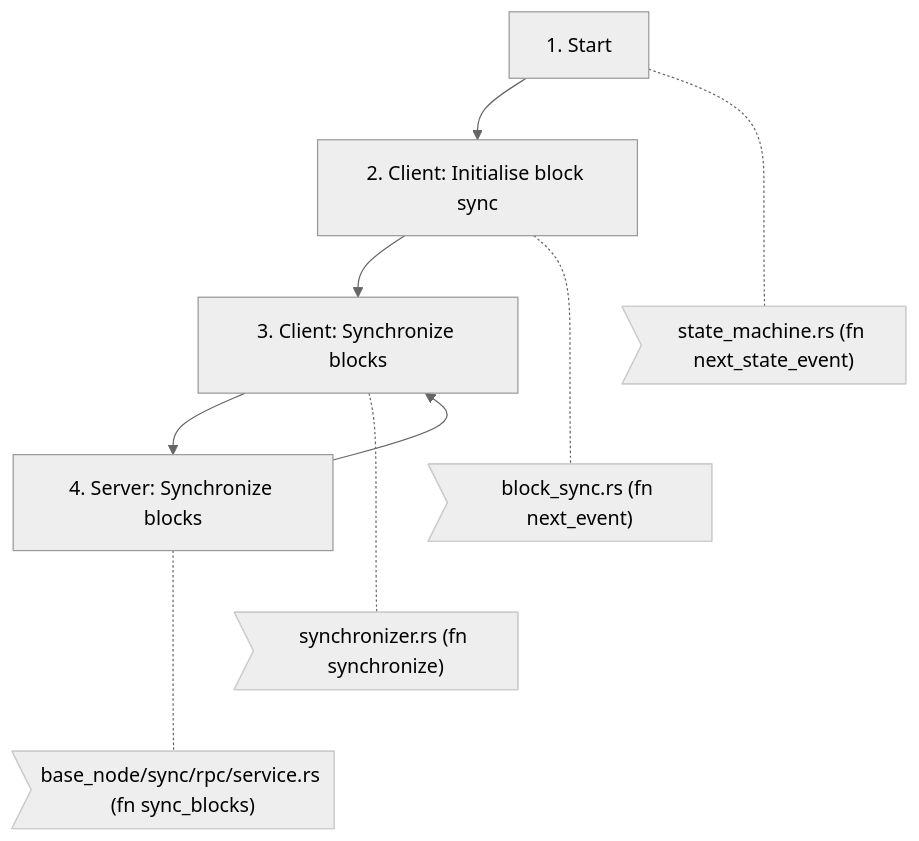
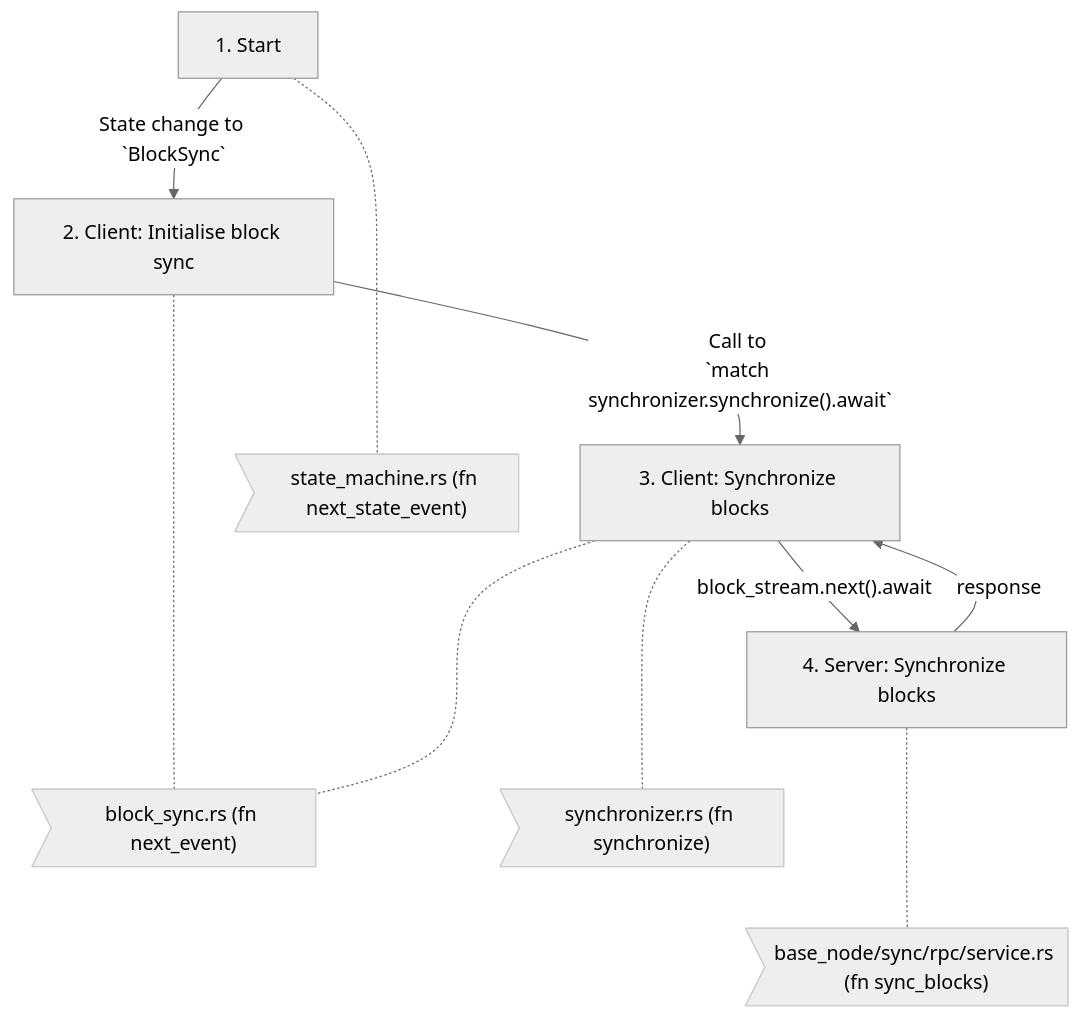
One commit to tari-project/tari changed the first of 3 diagrams in docs/src/diagrams/block_sync.md. Above: the diagram before and after it, drawn with Mermaid (neutral theme). The commit also changed other lines of this file, not shown here.

Commit message:
Udates to block_sync diagram

````diff
--- a/docs/src/diagrams/block_sync.md
+++ b/docs/src/diagrams/block_sync.md
@@ -9,16 +9,25 @@
 ```mermaid
 flowchart TD
-A[1. Start] --> B[2. Client: Initialise block sync]
-B[2. Client: Initialise block sync] --> C[3. Client: Synchronize blocks]
-C[3. Client: Synchronize blocks] --> D[4. Server: Synchronize blocks]
-D[4. Server: Synchronize blocks] --> C[3. Client: Synchronize blocks]
+
+A["1. Start"]
+B["2. Client: Initialise block sync"]
+C["3. Client: Synchronize blocks"]
+D["4. Server: Synchronize blocks"]
+
+A --"State change to `BlockSync`"--> B
+B --"Call to 
+`match synchronizer.synchronize().await`"--> C
+C --"block_stream.next().await"--> D
+D --"response"--> C
+
 A -..- N1>"state_machine.rs (fn next_state_event)"]
 B -..- N2>"block_sync.rs (fn next_event)"]
+C -..- N2>"block_sync.rs (fn next_event)"]
 C -..- N3>"synchronizer.rs (fn synchronize)"]
 D -..- N4>"base_node/sync/rpc/service.rs (fn sync_blocks)"]
-   N1:::note
-   N2:::note
-   N3:::note
-   N4:::note
+    N1:::note
+    N2:::note
+    N3:::note
+    N4:::note
     classDef note fill:#eee,stroke:#ccc
 ```
````
